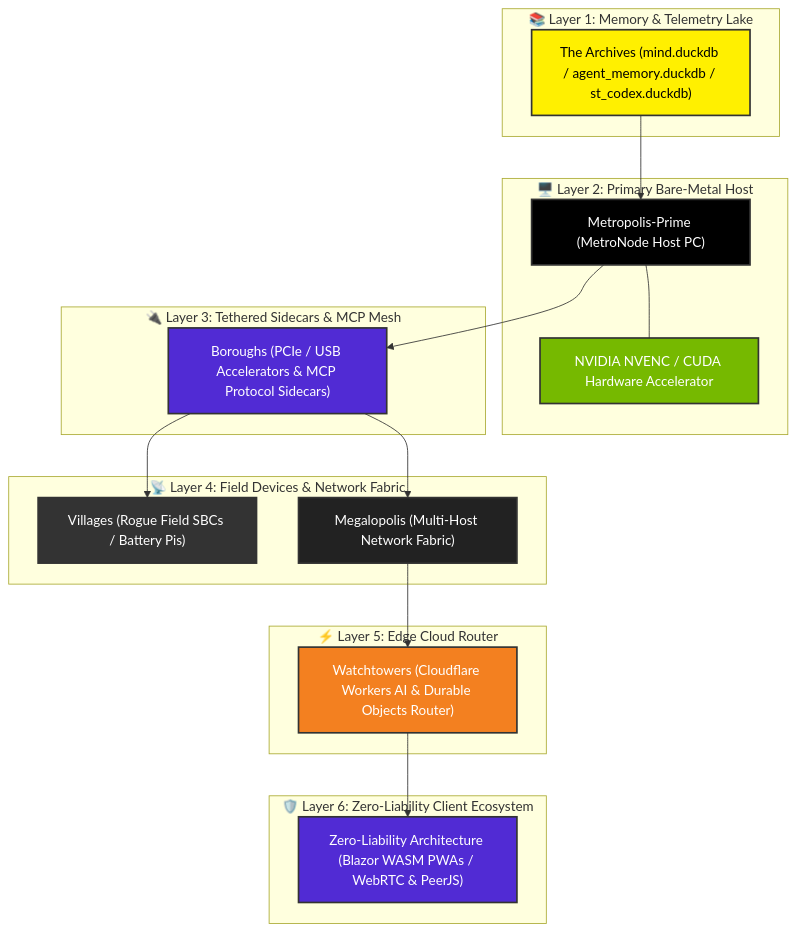
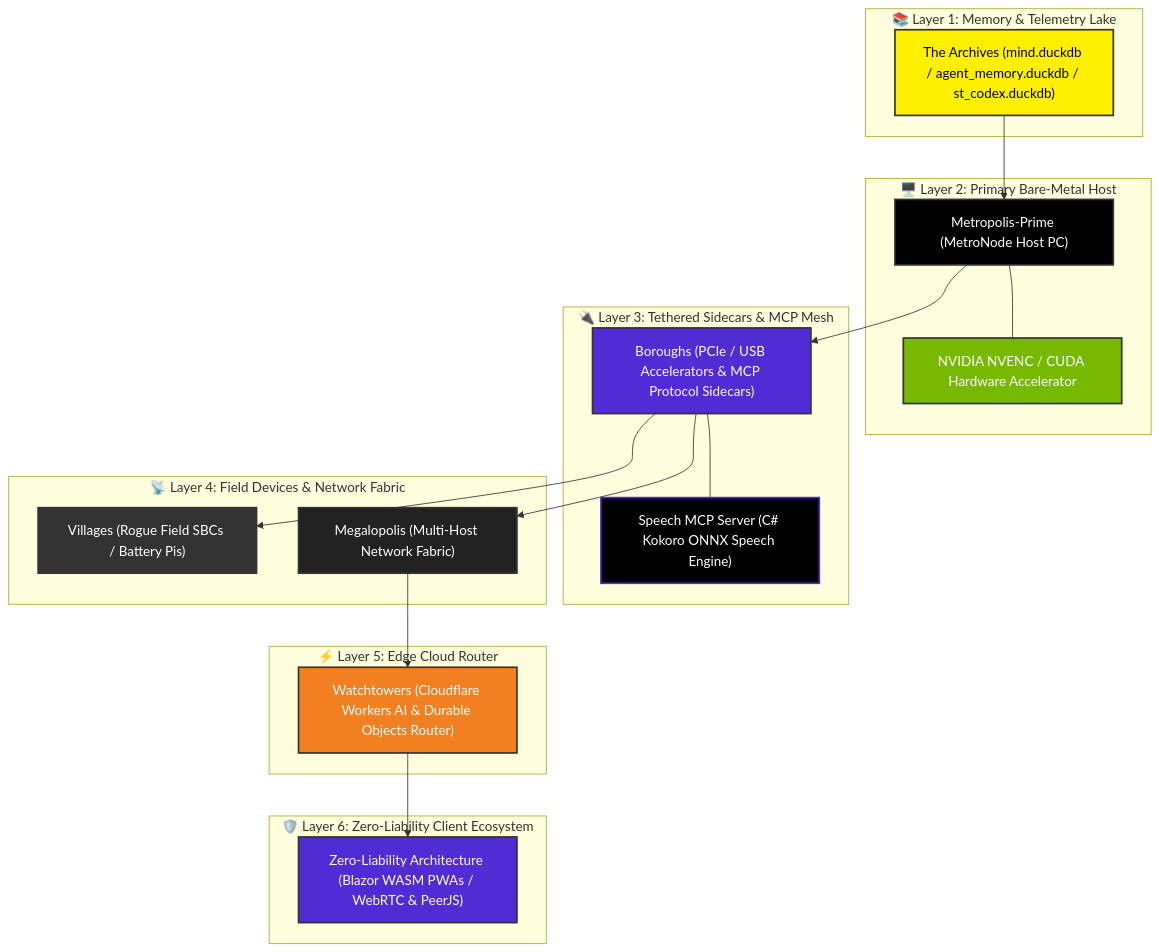
Before and after one commit to yavru421/yavru421: the diagram in README.md, drawn with Mermaid. The commit also changed other lines of this file, not shown here.

Commit message:
feat: highlight speech-mcp-server in profile README topology map, benchmarks, and portfolio table

````diff
--- a/README.md
+++ b/README.md
@@ -21,45 +21,48 @@
 ```mermaid
 flowchart TD
     subgraph L1["📚 Layer 1: Memory & Telemetry Lake"]
         Archives["The Archives (mind.duckdb / agent_memory.duckdb / st_codex.duckdb)"]
     end
 
     subgraph L2["🖥️ Layer 2: Primary Bare-Metal Host"]
         MetroNode["Metropolis-Prime (MetroNode Host PC)"]
         GPU["NVIDIA NVENC / CUDA Hardware Accelerator"]
         MetroNode --- GPU
     end
 
     subgraph L3["🔌 Layer 3: Tethered Sidecars & MCP Mesh"]
         Boroughs["Boroughs (PCIe / USB Accelerators & MCP Protocol Sidecars)"]
+        SpeechMCP["Speech MCP Server (C# Kokoro ONNX Speech Engine)"]
+        Boroughs --- SpeechMCP
     end
 
     subgraph L4["📡 Layer 4: Field Devices & Network Fabric"]
         Villages["Villages (Rogue Field SBCs / Battery Pis)"]
         Megalopolis["Megalopolis (Multi-Host Network Fabric)"]
     end
 
     subgraph L5["⚡ Layer 5: Edge Cloud Router"]
         Watchtowers["Watchtowers (Cloudflare Workers AI & Durable Objects Router)"]
     end
 
     subgraph L6["🛡️ Layer 6: Zero-Liability Client Ecosystem"]
         ZLA["Zero-Liability Architecture (Blazor WASM PWAs / WebRTC & PeerJS)"]
     end
 
     Archives --> MetroNode
     MetroNode --> Boroughs
     Boroughs --> Villages
     Boroughs --> Megalopolis
     Megalopolis --> Watchtowers
     Watchtowers --> ZLA
 
     style Archives fill:#FFF000,color:#000,stroke:#333,stroke-width:2px
     style MetroNode fill:#000000,color:#fff,stroke:#333,stroke-width:2px
     style GPU fill:#76B900,color:#fff,stroke:#333,stroke-width:2px
     style Boroughs fill:#512BD4,color:#fff,stroke:#333,stroke-width:2px
+    style SpeechMCP fill:#000000,color:#fff,stroke:#512BD4,stroke-width:2px
     style Villages fill:#333333,color:#fff,stroke:#333,stroke-width:2px
     style Megalopolis fill:#222222,color:#fff,stroke:#333,stroke-width:2px
     style Watchtowers fill:#F38020,color:#fff,stroke:#333,stroke-width:2px
     style ZLA fill:#512BD4,color:#fff,stroke:#333,stroke-width:2px
 ```
````
